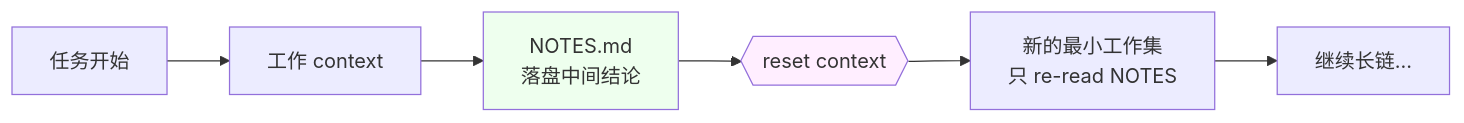
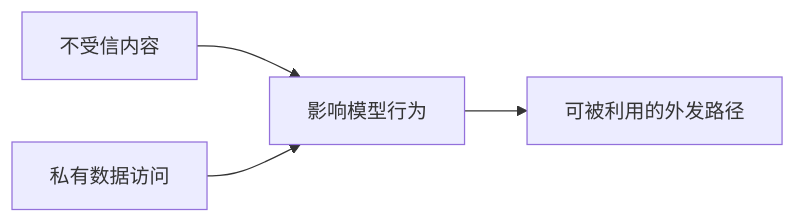
Before and after one commit to oh-my-vibe-coding/ai-reliability-architecture: the second of 2 diagrams in 知识/06-AI自治与上下文架构约束.md, drawn with Mermaid. The commit also changed other lines of this file and 67 other files, not shown here.

````diff
--- a/知识/06-AI自治与上下文架构约束.md
+++ b/知识/06-AI自治与上下文架构约束.md
@@ -111,11 +41,6 @@
 ```mermaid
 flowchart LR
-    Task[任务开始] --> W1[工作 context]
-    W1 --> N1[NOTES.md<br/>落盘中间结论]
-    N1 --> Reset{{reset context}}
-    Reset --> W2[新的最小工作集<br/>只 re-read NOTES]
-    W2 --> More[继续长链...]
-
-    style N1 fill:#efe
-    style Reset fill:#fef
+    U[不受信内容] --> M[影响模型行为]
+    P[私有数据访问] --> M
+    M --> E[可被利用的外发路径]
 ```
````
